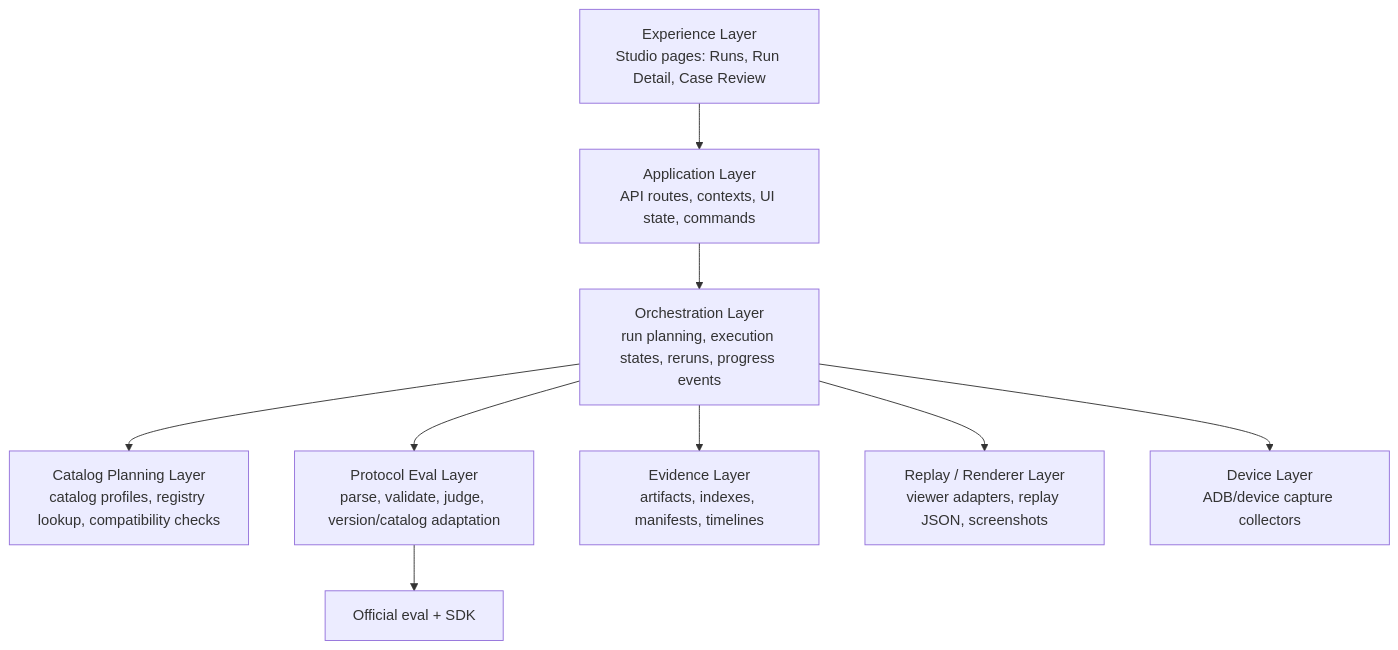
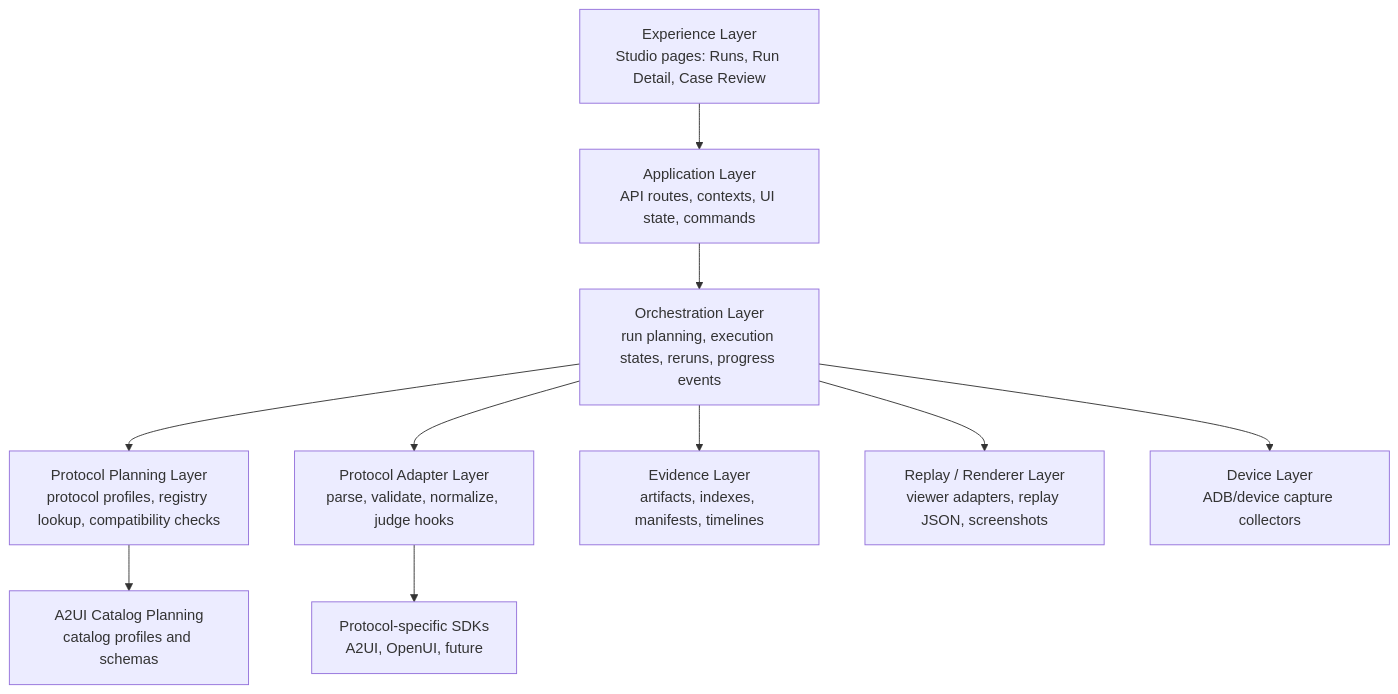
One commit to EndlessJour9527/A2UI changed the second of 10 diagrams in docs/specification/eval-studio-v0.1.md. Above: the diagram before and after it, drawn with Mermaid. The commit also changed other lines of this file and 3 other files, not shown here.

````diff
--- a/docs/specification/eval-studio-v0.1.md
+++ b/docs/specification/eval-studio-v0.1.md
@@ -182,11 +210,12 @@
 ```mermaid
 flowchart TD
     L1[Experience Layer\nStudio pages: Runs, Run Detail, Case Review] --> L2[Application Layer\nAPI routes, contexts, UI state, commands]
     L2 --> L3[Orchestration Layer\nrun planning, execution states, reruns, progress events]
-    L3 --> L3A[Catalog Planning Layer\ncatalog profiles, registry lookup, compatibility checks]
-    L3 --> L4[Protocol Eval Layer\nparse, validate, judge, version/catalog adaptation]
+    L3 --> L3A[Protocol Planning Layer\nprotocol profiles, registry lookup, compatibility checks]
+    L3A --> L3B[A2UI Catalog Planning\ncatalog profiles and schemas]
+    L3 --> L4[Protocol Adapter Layer\nparse, validate, normalize, judge hooks]
     L3 --> L5[Evidence Layer\nartifacts, indexes, manifests, timelines]
     L3 --> L6[Replay / Renderer Layer\nviewer adapters, replay JSON, screenshots]
     L3 --> L7[Device Layer\nADB/device capture collectors]
-    L4 --> L8[Official eval + SDK]
+    L4 --> L8[Protocol-specific SDKs\nA2UI, OpenUI, future]
 ```
````
